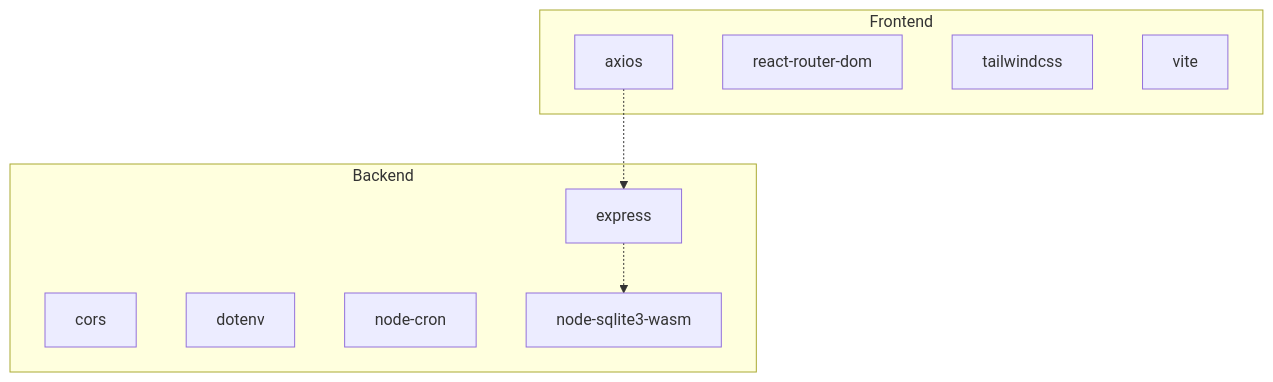
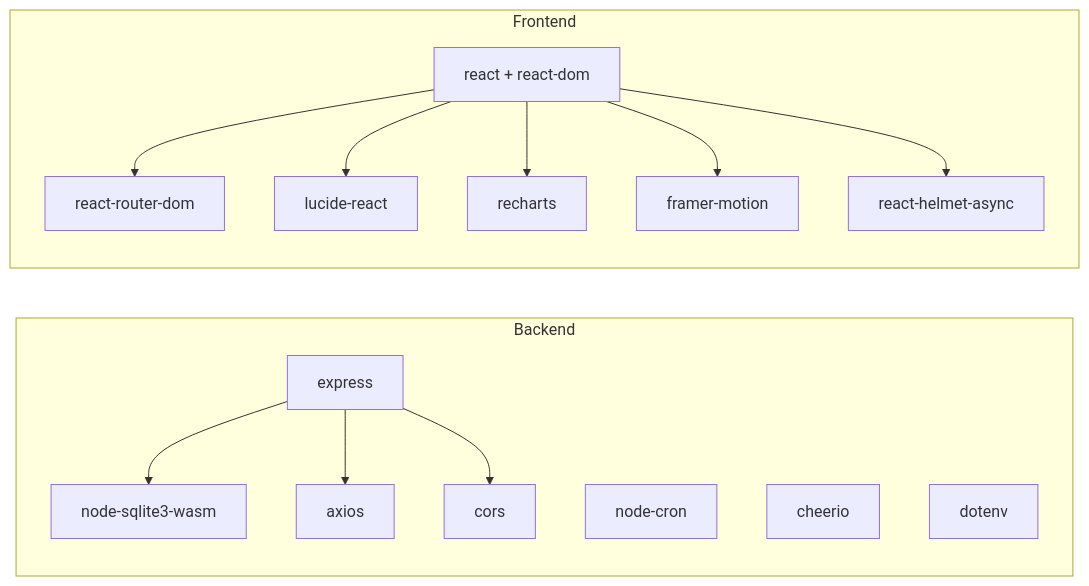
Before and after one commit to cheesiong/WC26-qwen: the eighth of 8 diagrams in .qoder/repowiki/en/content/Project Overview/Technology Stack.md, drawn with Mermaid. The commit also changed other lines of this file and 181 other files, not shown here.

````diff
--- a/.qoder/repowiki/en/content/Project Overview/Technology Stack.md
+++ b/.qoder/repowiki/en/content/Project Overview/Technology Stack.md
@@ -296,18 +432,28 @@
 ```mermaid
-graph TB
+graph LR
 subgraph "Backend"
-BE_Express["express"]
-BE_CORS["cors"]
-BE_Dotenv["dotenv"]
-BE_Cron["node-cron"]
-BE_SQLite["node-sqlite3-wasm"]
+EX["express"]
+CRON["node-cron"]
+SQLITE["node-sqlite3-wasm"]
+AX["axios"]
+CH["cheerio"]
+DOT["dotenv"]
+CORS["cors"]
 end
 subgraph "Frontend"
-FE_Axios["axios"]
-FE_Router["react-router-dom"]
-FE_Tailwind["tailwindcss"]
-FE_Vite["vite"]
+REACT["react + react-dom"]
+ROUTER["react-router-dom"]
+ICON["lucide-react"]
+CHART["recharts"]
+ANIM["framer-motion"]
+SEO["react-helmet-async"]
 end
-FE_Axios -.-> BE_Express
-BE_Express -.-> BE_SQLite
+EX --> SQLITE
+EX --> AX
+EX --> CORS
+REACT --> ROUTER
+REACT --> ICON
+REACT --> CHART
+REACT --> ANIM
+REACT --> SEO
 ```
````
